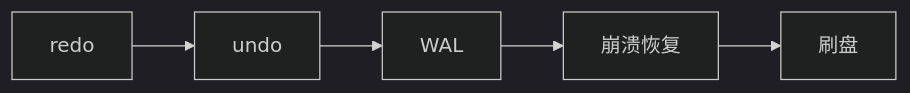
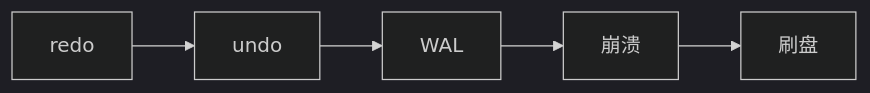
One commit to tghrxxxyyy/knowledge-base changed the diagram in 基础知识/数据库/redo/undo 与崩溃恢复.md. Above: the diagram before and after it, drawn with Mermaid (dark theme). The commit also changed other lines of this file and 385 other files, not shown here.

````diff
--- a/基础知识/数据库/redo/undo 与崩溃恢复.md
+++ b/基础知识/数据库/redo/undo 与崩溃恢复.md
@@ -19,9 +19,9 @@
 ```mermaid
 flowchart LR
     A[redo]
     B[undo]
     C[WAL]
-    D[崩溃恢复]
+    D[崩溃]
     E[刷盘]
     A --> B --> C --> D --> E
 ```
````
